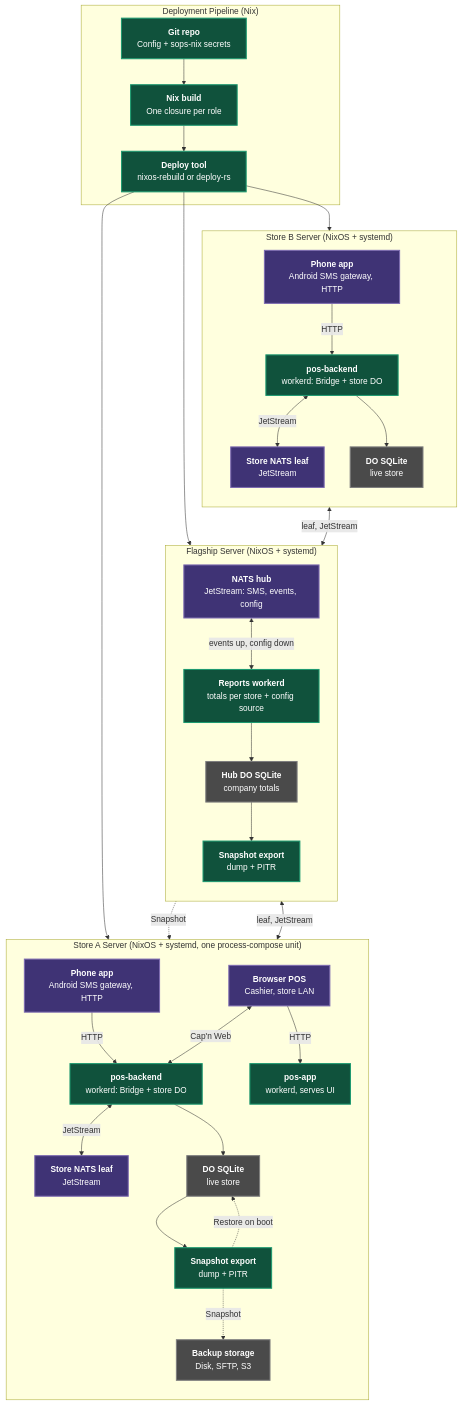
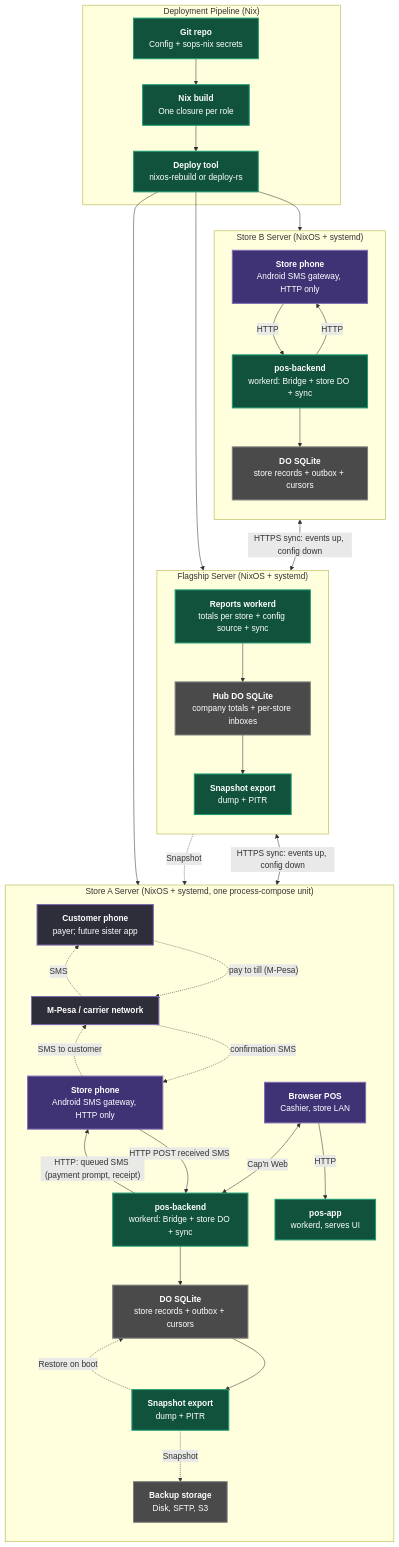
Before and after one commit to nowarelabs/mocho: the diagram in docs/project.mermaid, drawn with Mermaid. The commit also changed 2 other files, not shown here.

Commit message:
refactor: replace NATS message broker with SQLite transactional outbox and HTTPS sync in architecture documentation

```diff
--- a/docs/project.mermaid
+++ b/docs/project.mermaid
@@ -1,73 +1,77 @@
 graph TD
     classDef phone fill:#3F3375,stroke:#7D6BB1,stroke-width:2px,color:#FFF;
-    classDef nats fill:#3F3375,stroke:#7D6BB1,stroke-width:2px,color:#FFF;
+    classDef external fill:#2E2E3A,stroke:#7D6BB1,stroke-width:2px,color:#FFF;
     classDef service fill:#10523C,stroke:#1D9A70,stroke-width:2px,color:#FFF;
     classDef data fill:#4A4A4A,stroke:#7E7E7E,stroke-width:2px,color:#FFF;
     classDef build fill:#10523C,stroke:#1D9A70,stroke-width:2px,color:#FFF;
 
     %% --- Deployment Pipeline ---
     subgraph Pipeline ["Deployment Pipeline (Nix)"]
         Git["<b>Git repo</b><br>Config + sops-nix secrets"]:::build
         Nix["<b>Nix build</b><br>One closure per role"]:::build
         Deploy["<b>Deploy tool</b><br>nixos-rebuild or deploy-rs"]:::build
         Git --> Nix --> Deploy
     end
 
     %% --- Global Backup ---
     Backup["<b>Backup storage</b><br>Disk, SFTP, S3"]:::data
 
+    %% --- External carrier network ---
+    Carrier["<b>M-Pesa / carrier network</b>"]:::external
+
     %% --- Store A Server ---
     subgraph StoreA ["Store A Server (NixOS + systemd, one process-compose unit)"]
         direction TB
-        PhoneA["<b>Phone app</b><br>Android SMS gateway, HTTP"]:::phone
+        StorePhoneA["<b>Store phone</b><br>Android SMS gateway, HTTP only"]:::phone
+        CustomerPhoneA["<b>Customer phone</b><br>payer; future sister app"]:::external
         BrowserA["<b>Browser POS</b><br>Cashier, store LAN"]:::phone
         PosAppA["<b>pos-app</b><br>workerd, serves UI"]:::service
-        PosBackendA["<b>pos-backend</b><br>workerd: Bridge + store DO"]:::service
-        StoreDOA["<b>DO SQLite</b><br>live store"]:::data
-        StoreNATSA["<b>Store NATS leaf</b><br>JetStream"]:::nats
+        PosBackendA["<b>pos-backend</b><br>workerd: Bridge + store DO + sync"]:::service
+        StoreDOA["<b>DO SQLite</b><br>store records + outbox + cursors"]:::data
         ExportA["<b>Snapshot export</b><br>dump + PITR"]:::service
 
-        PhoneA -->|"HTTP"| PosBackendA
+        CustomerPhoneA -.->|"pay to till (M-Pesa)"| Carrier
+        Carrier -.->|"confirmation SMS"| StorePhoneA
+        StorePhoneA -->|"HTTP POST received SMS"| PosBackendA
+        PosBackendA -->|"HTTP: queued SMS (payment prompt, receipt)"| StorePhoneA
+        StorePhoneA -.->|"SMS to customer"| Carrier
+        Carrier -.->|"SMS"| CustomerPhoneA
         BrowserA -->|"HTTP"| PosAppA
         BrowserA <-->|"Cap'n Web"| PosBackendA
-        PosBackendA <-->|"JetStream"| StoreNATSA
         PosBackendA --> StoreDOA
         StoreDOA --> ExportA
         ExportA -.->|"Snapshot"| Backup
         ExportA -.->|"Restore on boot"| StoreDOA
     end
 
     %% --- Store B Server (identical architecture) ---
     subgraph StoreB ["Store B Server (NixOS + systemd)"]
         direction TB
-        PhoneB["<b>Phone app</b><br>Android SMS gateway, HTTP"]:::phone
-        PosBackendB["<b>pos-backend</b><br>workerd: Bridge + store DO"]:::service
-        StoreDOB["<b>DO SQLite</b><br>live store"]:::data
-        StoreNATSB["<b>Store NATS leaf</b><br>JetStream"]:::nats
+        StorePhoneB["<b>Store phone</b><br>Android SMS gateway, HTTP only"]:::phone
+        PosBackendB["<b>pos-backend</b><br>workerd: Bridge + store DO + sync"]:::service
+        StoreDOB["<b>DO SQLite</b><br>store records + outbox + cursors"]:::data
 
-        PhoneB -->|"HTTP"| PosBackendB
-        PosBackendB <-->|"JetStream"| StoreNATSB
+        StorePhoneB -->|"HTTP"| PosBackendB
+        PosBackendB -->|"HTTP"| StorePhoneB
         PosBackendB --> StoreDOB
     end
 
     %% --- Flagship Server ---
     subgraph Flagship ["Flagship Server (NixOS + systemd)"]
         direction TB
-        FlagNATS["<b>NATS hub</b><br>JetStream: SMS, events, config"]:::nats
-        FlagWorkerd["<b>Reports workerd</b><br>totals per store + config source"]:::service
-        FlagDO["<b>Hub DO SQLite</b><br>company totals"]:::data
+        FlagWorkerd["<b>Reports workerd</b><br>totals per store + config source + sync"]:::service
+        FlagDO["<b>Hub DO SQLite</b><br>company totals + per-store inboxes"]:::data
         FlagExport["<b>Snapshot export</b><br>dump + PITR"]:::service
 
-        FlagNATS <-->|"events up, config down"| FlagWorkerd
         FlagWorkerd --> FlagDO
         FlagDO --> FlagExport
         FlagExport -.->|"Snapshot"| Backup
     end
 
     %% --- Cross-Server & Deploy Connections ---
     Deploy --> StoreA
     Deploy --> StoreB
     Deploy --> Flagship
 
-    StoreNATSA <-->|"leaf, JetStream"| FlagNATS
-    StoreNATSB <-->|"leaf, JetStream"| FlagNATS
+    PosBackendA <-->|"HTTPS sync: events up, config down"| FlagWorkerd
+    PosBackendB <-->|"HTTPS sync: events up, config down"| FlagWorkerd
```
